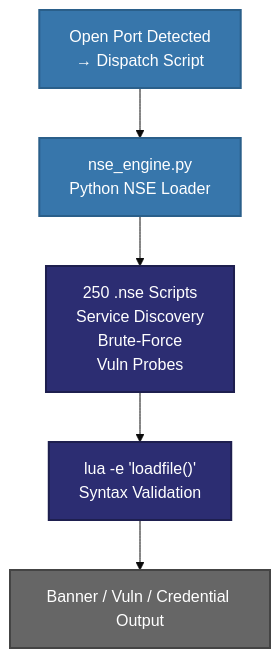
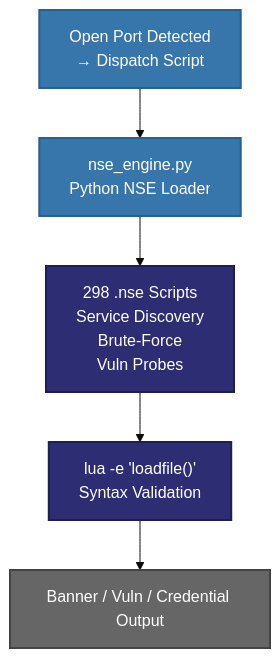
One commit to dextryayers/HackIT changed the eighth of 9 diagrams in README.md. Above: the diagram before and after it, drawn with Mermaid (base theme). The commit also changed other lines of this file, not shown here.

````diff
--- a/README.md
+++ b/README.md
@@ -881,17 +877,17 @@
 ```mermaid
 flowchart TD
     classDef lua fill:#2C2D72,stroke:#1e1f4f,stroke-width:2px,color:#fff
     classDef py fill:#3776AB,stroke:#2a5f8a,stroke-width:2px,color:#fff
     classDef output fill:#666666,stroke:#444444,stroke-width:2px,color:#fff
 
     PyEngine["nse_engine.py<br/>Python NSE Loader"]:::py
-    NSE["250 .nse Scripts<br/>Service Discovery<br/>Brute-Force<br/>Vuln Probes"]:::lua
+    NSE["298 .nse Scripts<br/>Service Discovery<br/>Brute-Force<br/>Vuln Probes"]:::lua
     Validate["lua -e 'loadfile()'<br/>Syntax Validation"]:::lua
     OpenPort["Open Port Detected<br/>→ Dispatch Script"]:::py
     Result["Banner / Vuln / Credential Output"]:::output
 
     OpenPort-->PyEngine
     PyEngine-->NSE
     NSE-->Validate
     Validate-->Result
 ```
````
